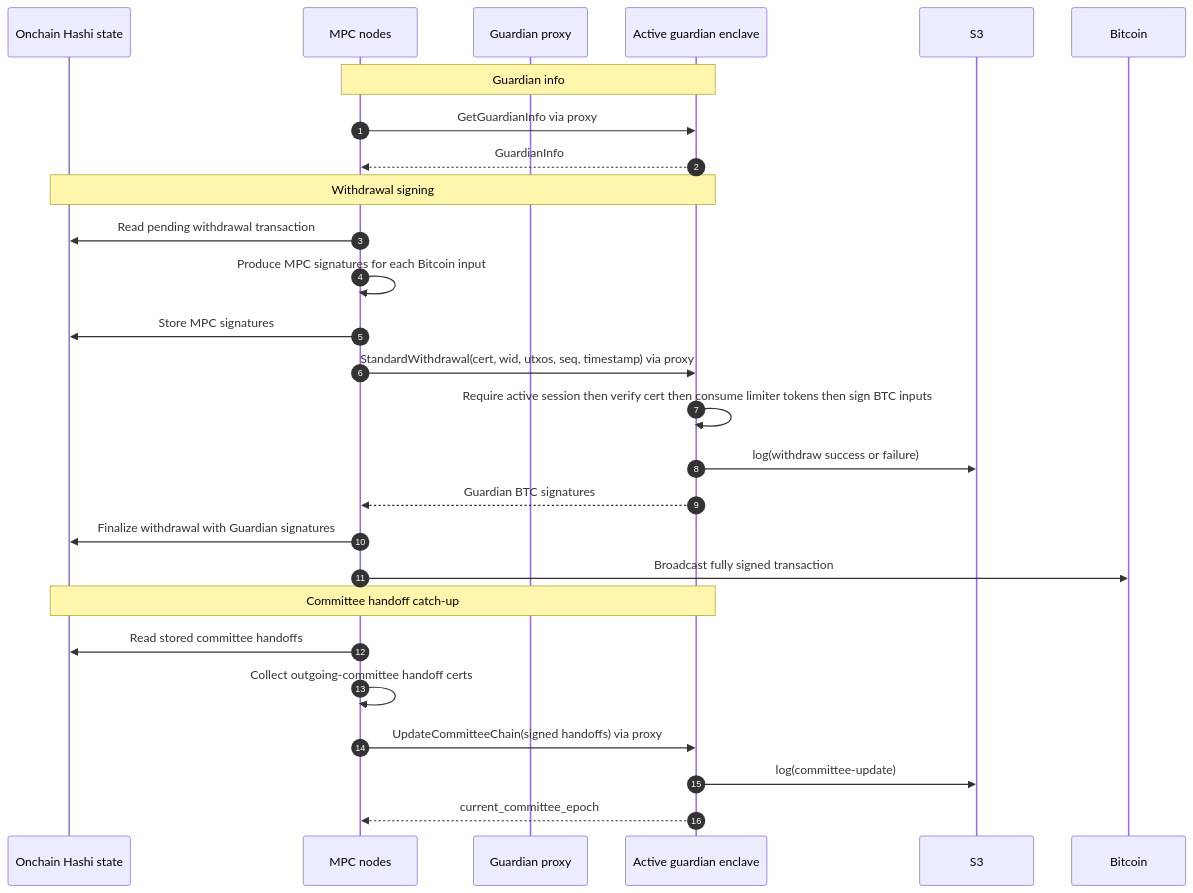
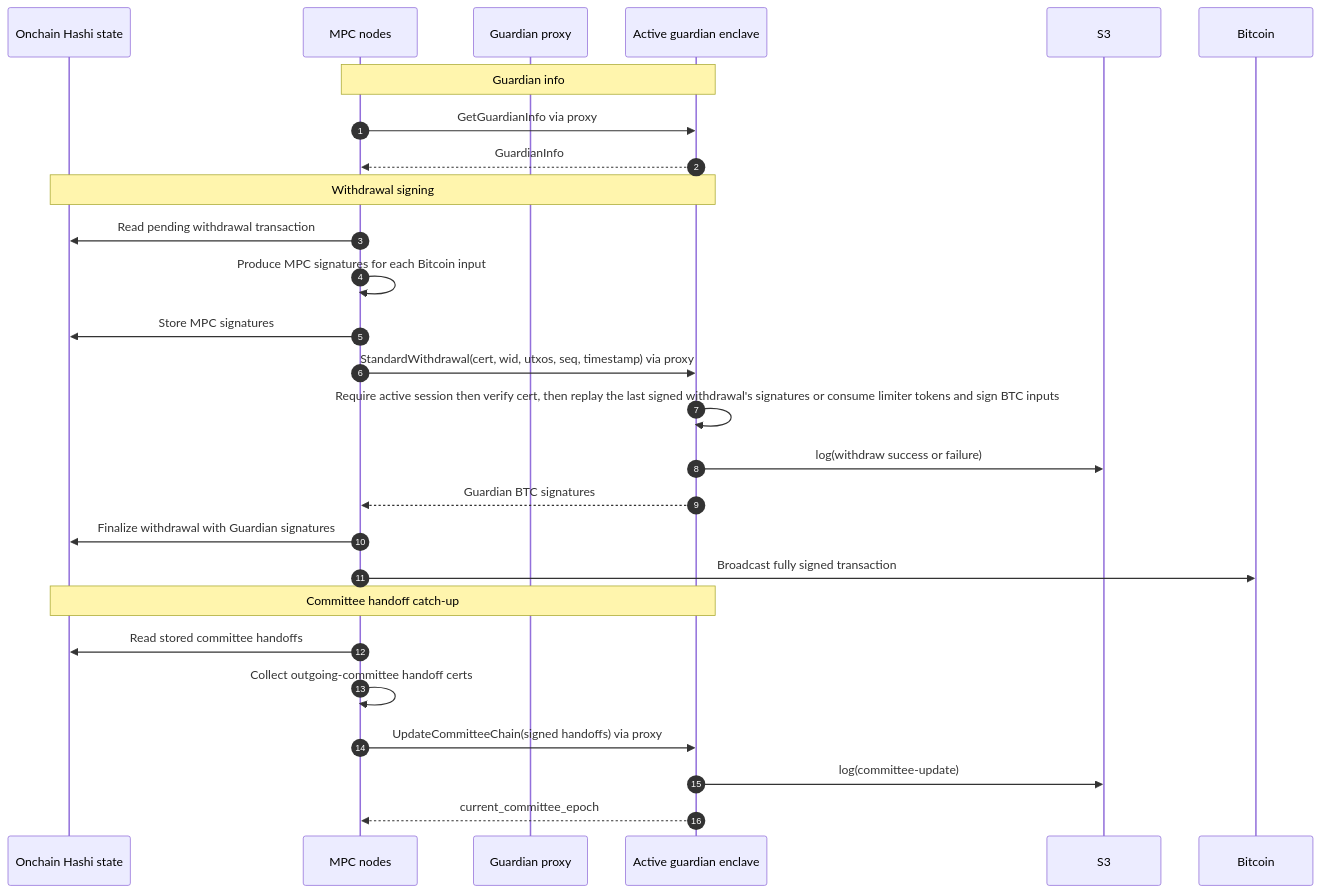
Before and after one commit to MystenLabs/hashi: the fourth of 4 diagrams in design/docs/guardian.mdx, drawn with Mermaid. The commit also changed 9 other files, not shown here.

First line of the commit message:
[Guardian] Replay the last signed withdrawal from the enclave

````diff
--- a/design/docs/guardian.mdx
+++ b/design/docs/guardian.mdx
@@ -211,33 +211,33 @@
 ```mermaid
 sequenceDiagram
     autonumber
 
     participant Onchain as Onchain Hashi state
     participant MPC as MPC nodes
     participant Proxy as Guardian proxy
     participant Guardian as Active guardian enclave
     participant S3
     participant Bitcoin
 
     Note over MPC,Guardian: Guardian info
     MPC->>Guardian: GetGuardianInfo via proxy
     Guardian-->>MPC: GuardianInfo
 
     Note over Onchain,Guardian: Withdrawal signing
     MPC->>Onchain: Read pending withdrawal transaction
     MPC->>MPC: Produce MPC signatures for each Bitcoin input
     MPC->>Onchain: Store MPC signatures
     MPC->>Guardian: StandardWithdrawal(cert, wid, utxos, seq, timestamp) via proxy
-    Guardian->>Guardian: Require active session then verify cert then consume limiter tokens then sign BTC inputs
+    Guardian->>Guardian: Require active session then verify cert, then replay the last signed withdrawal's signatures or consume limiter tokens and sign BTC inputs
     Guardian->>S3: log(withdraw success or failure)
     Guardian-->>MPC: Guardian BTC signatures
     MPC->>Onchain: Finalize withdrawal with Guardian signatures
     MPC->>Bitcoin: Broadcast fully signed transaction
 
     Note over Onchain,Guardian: Committee handoff catch-up
     MPC->>Onchain: Read stored committee handoffs
     MPC->>MPC: Collect outgoing-committee handoff certs
     MPC->>Guardian: UpdateCommitteeChain(signed handoffs) via proxy
     Guardian->>S3: log(committee-update)
     Guardian-->>MPC: current_committee_epoch
 ```
````
